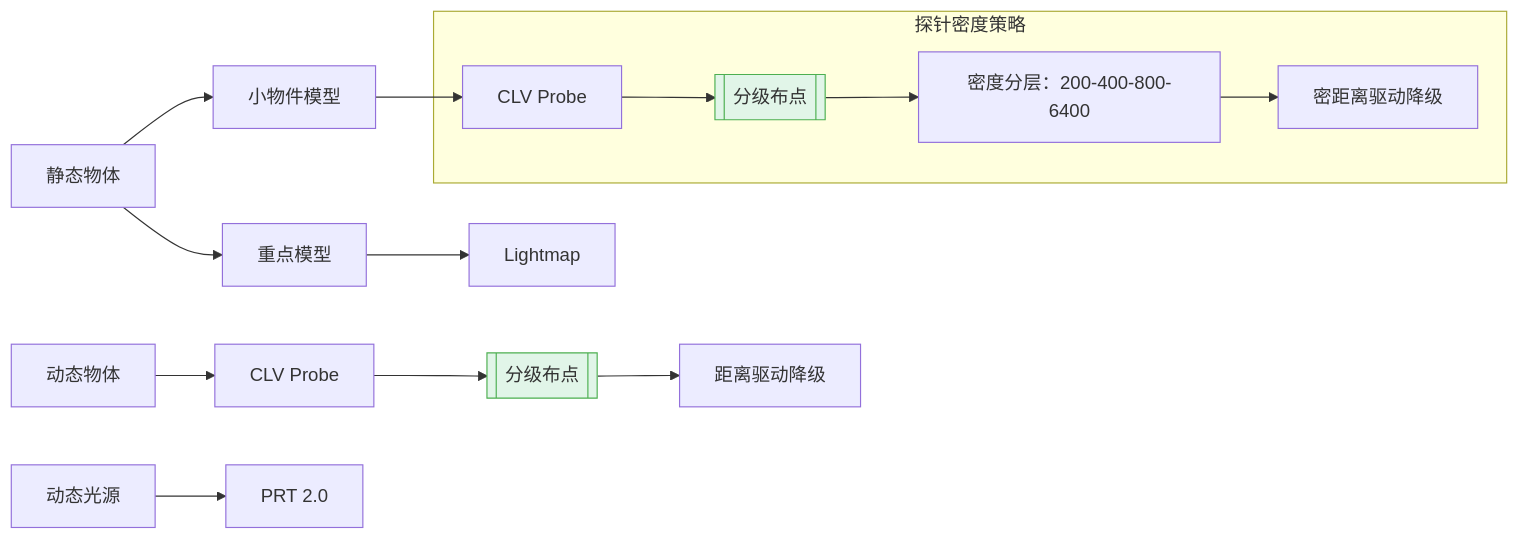
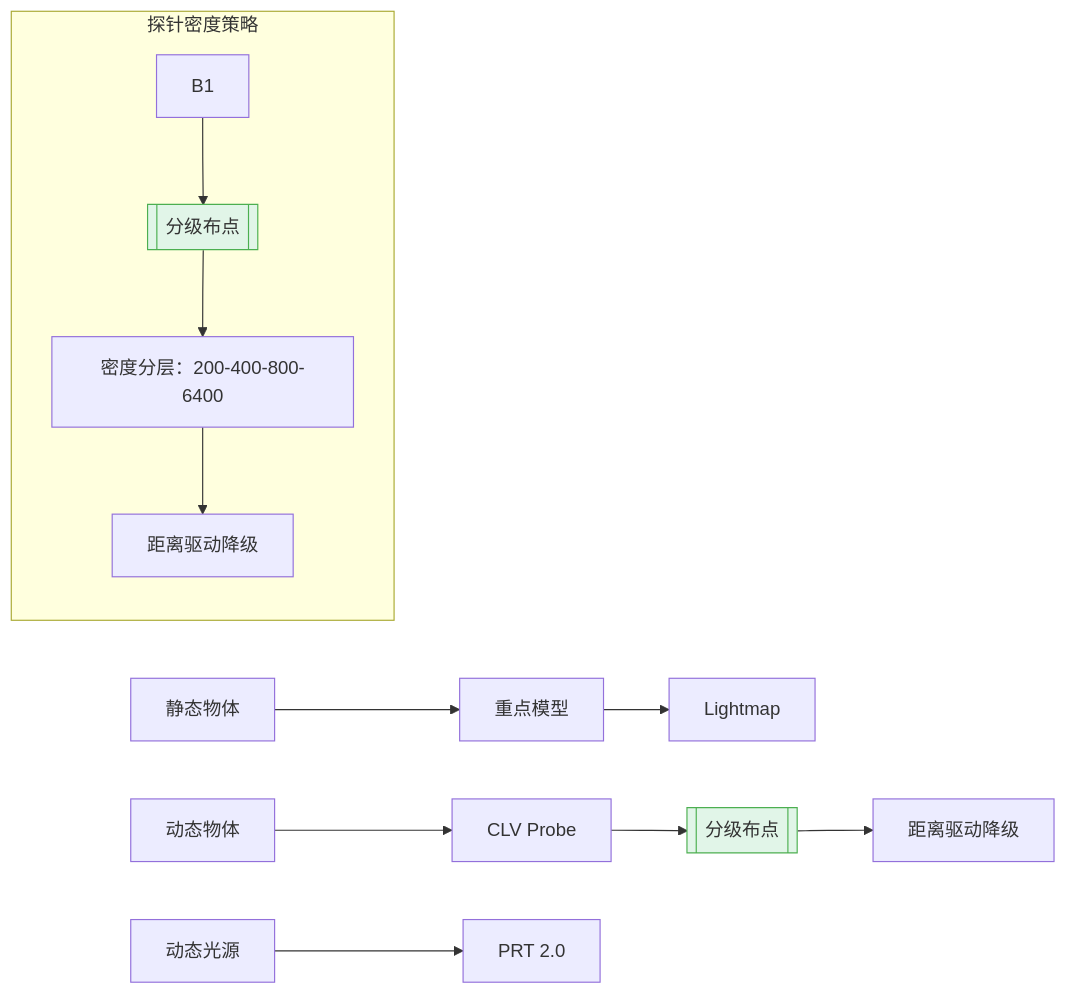
Before and after one commit to archieluan/iodraw-files: the diagram in all/未命名-5.md, drawn with Mermaid.

Commit message:
2025-07-08 11:01:31 update

````diff
--- a/all/未命名-5.md
+++ b/all/未命名-5.md
@@ -1,22 +1,22 @@
 ```mermaid
 graph LR
   %% 保留原基础框架
   A[静态物体] --> A1[重点模型] --> A2[Lightmap]
-  A --> B[小物件模型] --> B1[CLV Probe]
+
   
   %% 新增分级标注
   subgraph 探针密度策略
     B1 --> C[[分级布点]]
     C --> C1["密度分层：200-400-800-6400"]
-    C1 --> C2["密距离驱动降级"]
+    C1 --> C2["距离驱动降级"]
     style C fill:#e1f5e8,stroke:#4caf50
   end
   
   %% 动态部分严格区分
   D[动态物体] --> D1[CLV Probe] 
   D1 --> D2[[分级布点]] 
   D2 --> D3[距离驱动降级]
   style D2 fill:#e1f5e8,stroke:#4caf50
   
   E[动态光源] --> E1[PRT 2.0]
 ```
````
